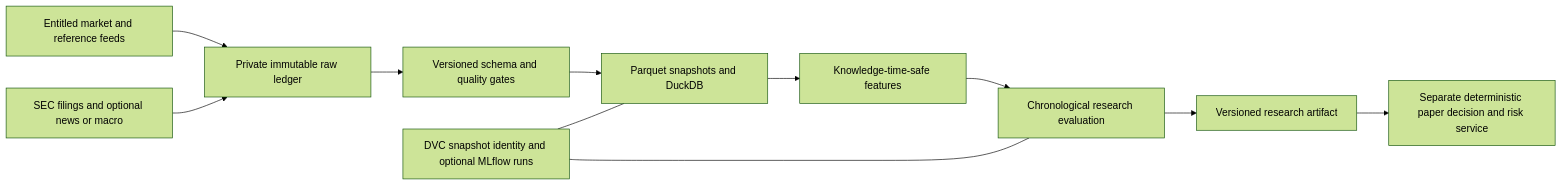
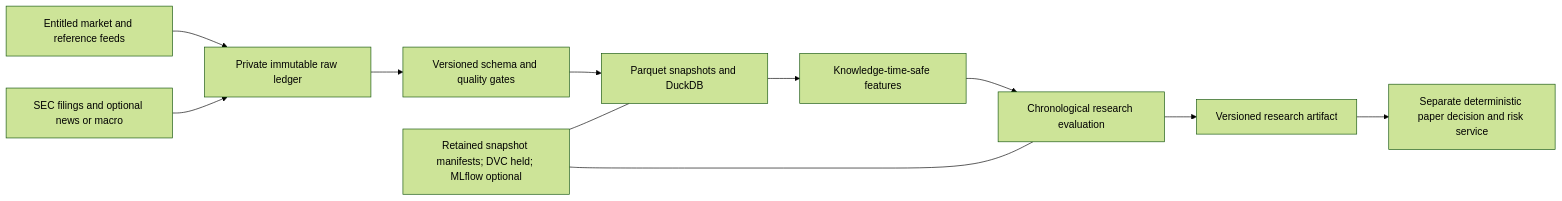
The diagram in catalogs/us-equities/data-research.md (seathatflowsinourveins/native-agent-stack), drawn with Mermaid (forest theme) before and after one commit. The commit also changed other lines of this file and 20 other files, not shown here.

````diff
--- a/catalogs/us-equities/data-research.md
+++ b/catalogs/us-equities/data-research.md
@@ -15,13 +15,13 @@
 ```mermaid
 flowchart LR
   A[Entitled market and reference feeds] --> B[Private immutable raw ledger]
   S[SEC filings and optional news or macro] --> B
   B --> C[Versioned schema and quality gates]
   C --> D[Parquet snapshots and DuckDB]
   D --> E[Knowledge-time-safe features]
   E --> F[Chronological research evaluation]
   F --> G[Versioned research artifact]
   G --> H[Separate deterministic paper decision and risk service]
-  V[DVC snapshot identity and optional MLflow runs] --- D
+  V[Retained snapshot manifests; DVC held; MLflow optional] --- D
   V --- F
 ```
````
